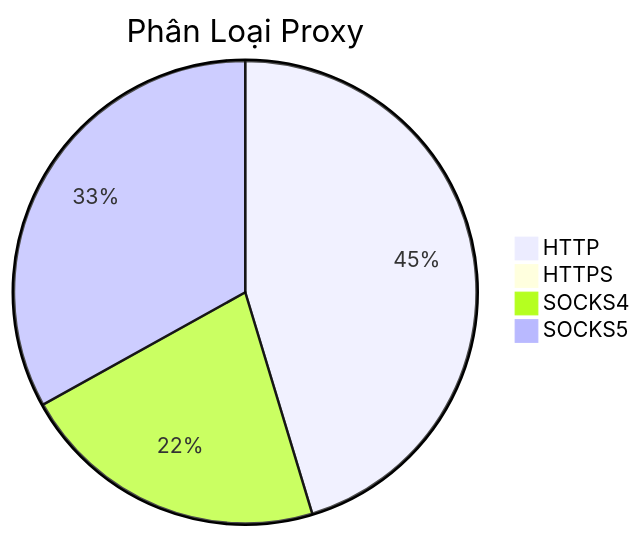
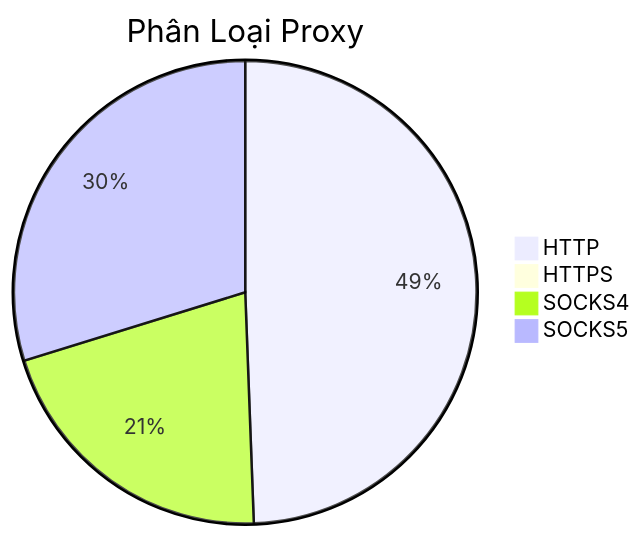
One commit to Ciara-12/PROXY-free changed the diagram in README.md. Above: the diagram before and after it, drawn with Mermaid. The commit also changed other lines of this file and 3 other files, not shown here.

````diff
--- a/README.md
+++ b/README.md
@@ -26,7 +26,7 @@
 ```mermaid
 pie title Phân Loại Proxy
-    "HTTP" : 407
+    "HTTP" : 584
     "HTTPS" : 0
-    "SOCKS4" : 194
-    "SOCKS5" : 297
+    "SOCKS4" : 246
+    "SOCKS5" : 352
 ```
````
